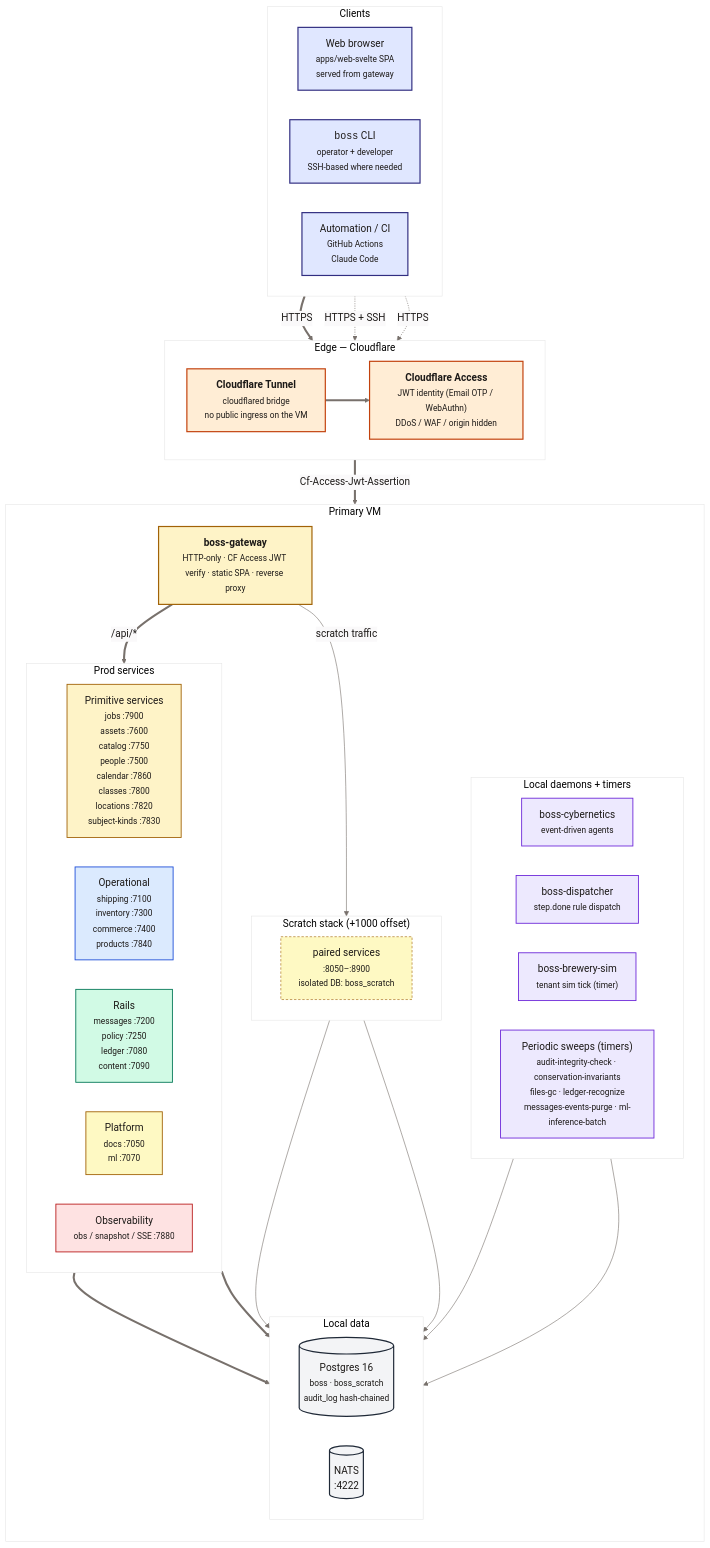
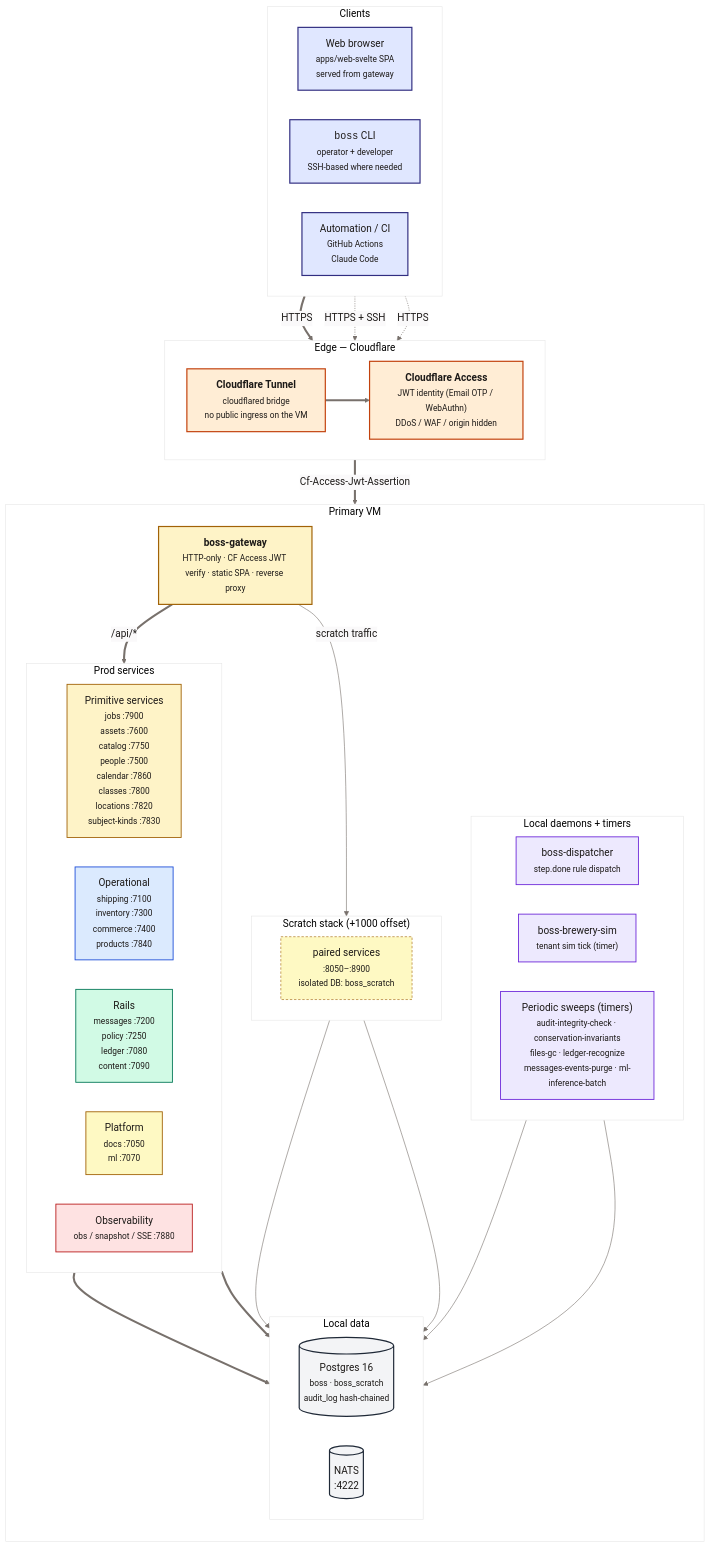
The diagram in docs/architecture/03-deployment.mmd (algedonic-dev/boss), drawn with Mermaid before and after one commit. The commit also changed 438 other files, not shown here.

```diff
--- a/docs/architecture/03-deployment.mmd
+++ b/docs/architecture/03-deployment.mmd
@@ -1,90 +1,89 @@
 %%{init: {'theme':'base', 'themeVariables': { 'primaryColor':'#fafaf9', 'primaryBorderColor':'#57534e', 'primaryTextColor':'#1c1917', 'lineColor':'#78716c', 'fontFamily':'ui-sans-serif, system-ui, sans-serif', 'fontSize':'17px'}}}%%
 flowchart TB
 
     subgraph Clients ["Clients"]
         direction LR
         WEB["Web browser<br/><small>apps/web-svelte SPA<br/>served from gateway</small>"]
         CLI["<code>boss</code> CLI<br/><small>operator + developer<br/>SSH-based where needed</small>"]
         AUTO["Automation / CI<br/><small>GitHub Actions<br/>Claude Code</small>"]
     end
 
     subgraph Edge ["Edge &mdash; Cloudflare"]
         direction LR
         CFA["<b>Cloudflare Access</b><br/><small>JWT identity (Email OTP / WebAuthn)<br/>DDoS / WAF / origin hidden</small>"]
         CFT["<b>Cloudflare Tunnel</b><br/><small>cloudflared bridge<br/>no public ingress on the VM</small>"]
     end
 
     subgraph Manager ["Primary VM"]
         direction TB
         GATEWAY["<b>boss-gateway</b><br/><small>HTTP-only &middot; CF Access JWT verify &middot; static SPA &middot; reverse proxy</small>"]
 
         subgraph ProdStack ["Prod services"]
             direction LR
             P_PRIM["Primitive services<br/><small>jobs :7900<br/>assets :7600<br/>catalog :7750<br/>people :7500<br/>calendar :7860<br/>classes :7800<br/>locations :7820<br/>subject-kinds :7830</small>"]
             P_OPS["Operational<br/><small>shipping :7100<br/>inventory :7300<br/>commerce :7400<br/>products :7840</small>"]
             P_RAIL["Rails<br/><small>messages :7200<br/>policy :7250<br/>ledger :7080<br/>content :7090</small>"]
             P_PLAT["Platform<br/><small>docs :7050<br/>ml :7070</small>"]
             P_OBS["Observability<br/><small>obs / snapshot / SSE :7880</small>"]
         end
 
         subgraph ScratchStack ["Scratch stack (+1000 offset)"]
             direction LR
             SCR["paired services<br/><small>:8050&ndash;:8900<br/>isolated DB: boss_scratch</small>"]
         end
 
         subgraph Daemons ["Local daemons + timers"]
             direction LR
-            D1["boss-cybernetics<br/><small>event-driven agents</small>"]
             D2["boss-dispatcher<br/><small>step.done rule dispatch</small>"]
             D3["boss-brewery-sim<br/><small>tenant sim tick (timer)</small>"]
             D4["Periodic sweeps (timers)<br/><small>audit-integrity-check &middot; conservation-invariants<br/>files-gc &middot; ledger-recognize<br/>messages-events-purge &middot; ml-inference-batch</small>"]
         end
 
         subgraph DataLocal ["Local data"]
             direction LR
             PG[("Postgres 16<br/><small>boss &middot; boss_scratch<br/>audit_log hash-chained</small>")]
             NATS_N[("NATS<br/>:4222")]
         end
     end
 
     %% Client traffic
     WEB ==>|"HTTPS"| CFT
     CLI -.->|"HTTPS + SSH"| CFT
     AUTO -.->|"HTTPS"| CFT
     CFT ==> CFA
     CFA ==>|"Cf-Access-Jwt-Assertion"| GATEWAY
 
     %% Gateway routing
     GATEWAY ==>|"/api/*"| ProdStack
     GATEWAY -->|"scratch traffic"| ScratchStack
 
     %% Service deps
     ProdStack ==> PG
     ProdStack ==> NATS_N
     ScratchStack --> PG
     ScratchStack --> NATS_N
     Daemons --> NATS_N
     Daemons --> PG
 
     classDef client fill:#e0e7ff,stroke:#312e81,stroke-width:2px
     classDef edge fill:#ffedd5,stroke:#c2410c,stroke-width:2px
     classDef gw fill:#fef3c7,stroke:#a16207,stroke-width:2px
     classDef prim fill:#fef3c7,stroke:#a16207,stroke-width:1.5px
     classDef ops fill:#dbeafe,stroke:#1d4ed8,stroke-width:1.5px
     classDef rail fill:#d1fae5,stroke:#047857,stroke-width:1.5px
     classDef platform fill:#fef9c3,stroke:#a16207,stroke-width:1.5px
     classDef obsbox fill:#fee2e2,stroke:#b91c1c,stroke-width:1.5px
     classDef scratch fill:#fef9c3,stroke:#a16207,stroke-width:1px,stroke-dasharray:4 3
     classDef daemon fill:#ede9fe,stroke:#6d28d9,stroke-width:1.5px
     classDef store fill:#f3f4f6,stroke:#1f2937,stroke-width:2px
     class WEB,CLI,AUTO client
     class CFA,CFT edge
     class GATEWAY gw
     class P_PRIM prim
     class P_OPS ops
     class P_RAIL rail
     class P_PLAT platform
     class P_OBS obsbox
     class SCR scratch
-    class D1,D2,D3,D4 daemon
+    class D2,D3,D4 daemon
     class PG,NATS_N store
```
